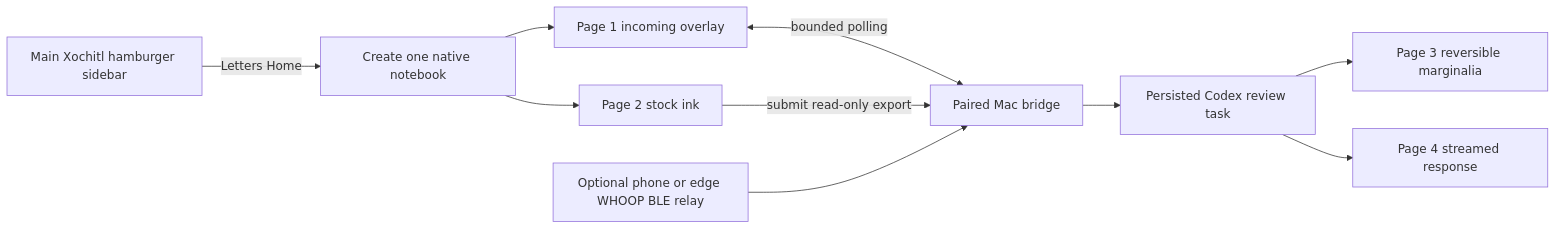
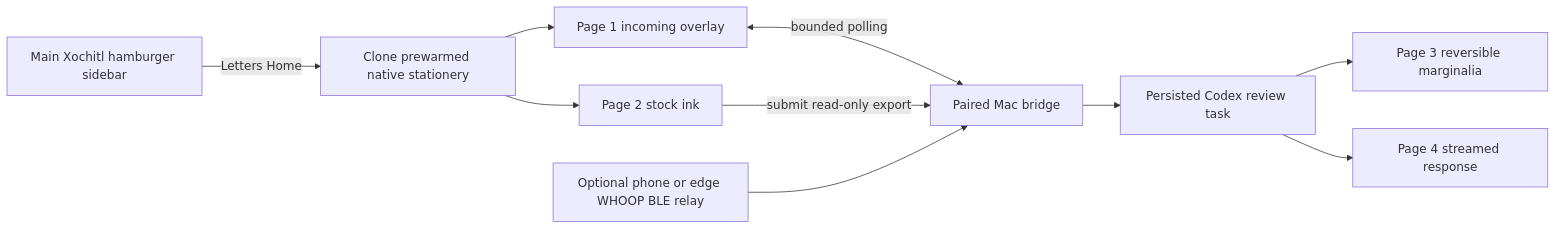
The diagram in docs/architecture.md (erniesg/if-letters-home-could-sing), drawn with Mermaid before and after one commit. The commit also changed other lines of this file and 23 other files, not shown here.

Commit message:
fix: prewarm native letter stationery

````diff
--- a/docs/architecture.md
+++ b/docs/architecture.md
@@ -20,12 +20,12 @@
 ```mermaid
 flowchart LR
-    A["Main Xochitl hamburger sidebar"] -->|"Letters Home"| B["Create one native notebook"]
+    A["Main Xochitl hamburger sidebar"] -->|"Letters Home"| B["Clone prewarmed native stationery"]
     B --> C["Page 1 incoming overlay"]
     B --> D["Page 2 stock ink"]
     C <-->|"bounded polling"| E["Paired Mac bridge"]
     D -->|"submit read-only export"| E
     E --> F["Persisted Codex review task"]
     F --> G["Page 3 reversible marginalia"]
     F --> H["Page 4 streamed response"]
     I["Optional phone or edge WHOOP BLE relay"] --> E
 ```
````
